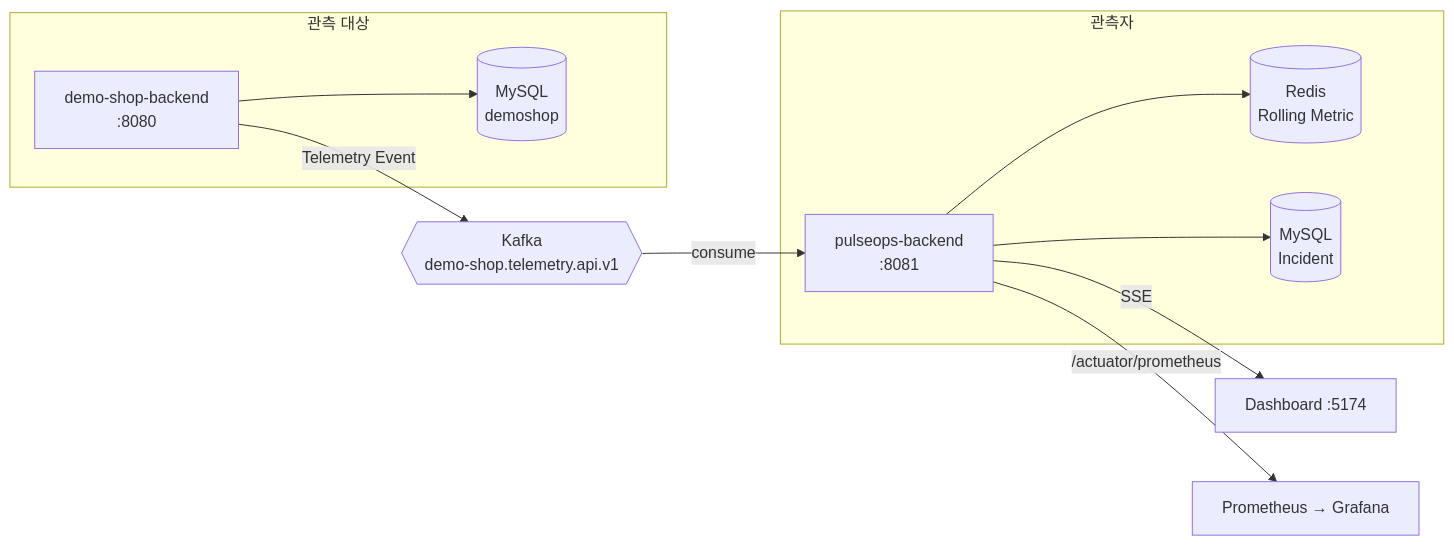
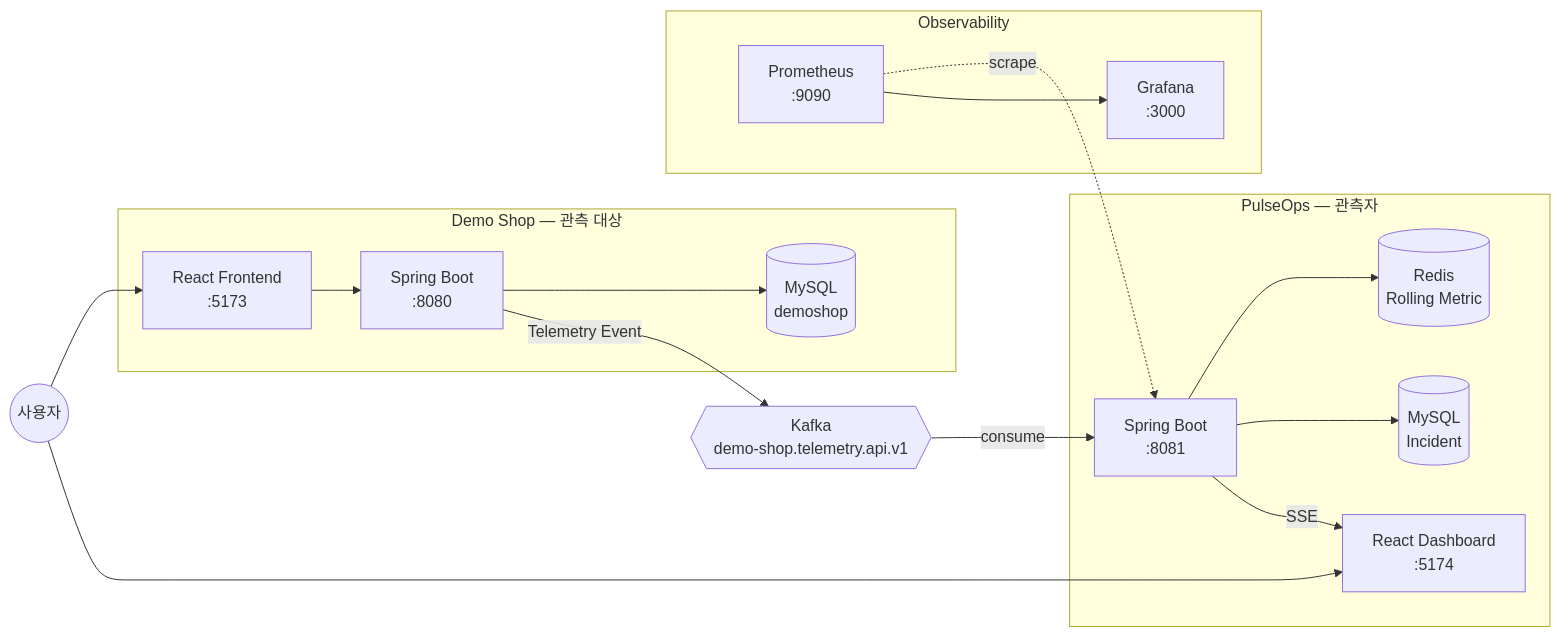
One commit to shimjeongho/pulseops changed the diagram in README.md. Above: the diagram before and after it, drawn with Mermaid. The commit also changed other lines of this file and 3 other files, not shown here.

````diff
--- a/README.md
+++ b/README.md
@@ -26,23 +61,36 @@
 ```mermaid
 flowchart LR
-    subgraph observed["관측 대상"]
-        DSB["demo-shop-backend<br/>:8080"]
+    User((사용자))
+
+    subgraph observed["Demo Shop — 관측 대상"]
+        DSF["React Frontend<br/>:5173"]
+        DSB["Spring Boot<br/>:8080"]
         DSDB[("MySQL<br/>demoshop")]
-        DSB --> DSDB
     end
 
     K{{"Kafka<br/>demo-shop.telemetry.api.v1"}}
 
-    subgraph observer["관측자"]
-        POB["pulseops-backend<br/>:8081"]
+    subgraph observer["PulseOps — 관측자"]
+        POF["React Dashboard<br/>:5174"]
+        POB["Spring Boot<br/>:8081"]
         R[("Redis<br/>Rolling Metric")]
         PODB[("MySQL<br/>Incident")]
-        POB --> R
-        POB --> PODB
     end
 
+    subgraph obs["Observability"]
+        PROM["Prometheus<br/>:9090"]
+        GRAF["Grafana<br/>:3000"]
+    end
+
+    User --> DSF
+    User --> POF
+    DSF --> DSB
+    DSB --> DSDB
     DSB -->|Telemetry Event| K
     K -->|consume| POB
-    POB -->|SSE| UI["Dashboard :5174"]
-    POB -->|/actuator/prometheus| PROM["Prometheus → Grafana"]
+    POB --> R
+    POB --> PODB
+    POB -->|SSE| POF
+    PROM -.->|scrape| POB
+    PROM --> GRAF
 ```
````
